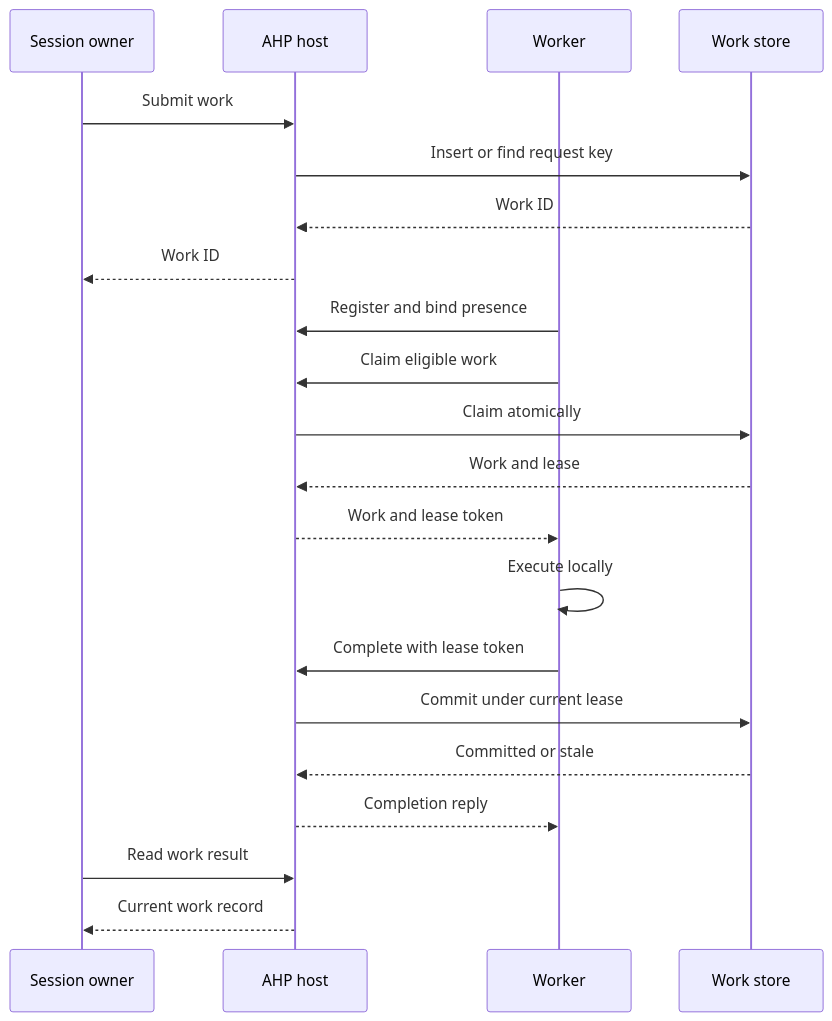
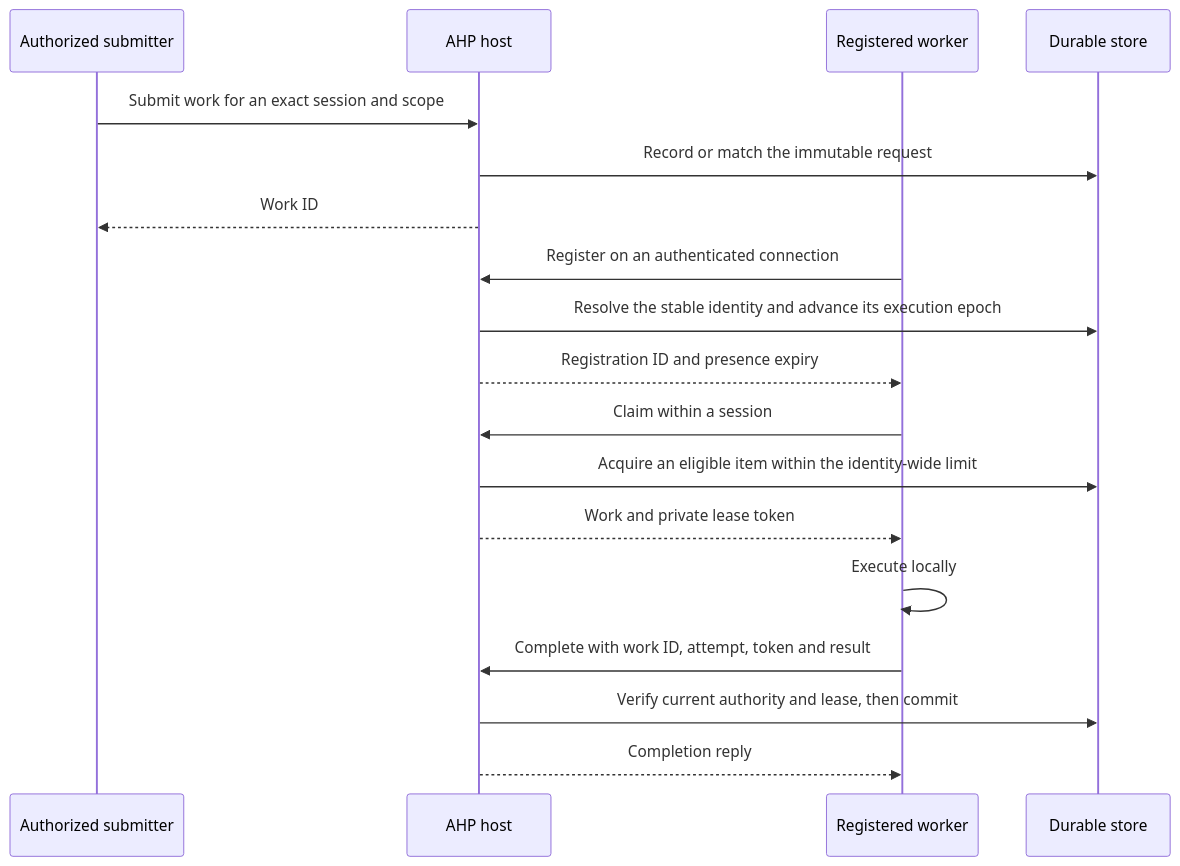
Before and after one commit to spore310/AHP: the first of 2 diagrams in docs/architecture/agent-task-lifecycle.md, drawn with Mermaid. The commit also changed other lines of this file and 73 other files, not shown here.

First line of the commit message:
feat: acquire and renew work under identity-wide capacity limits

````diff
--- a/docs/architecture/agent-task-lifecycle.md
+++ b/docs/architecture/agent-task-lifecycle.md
@@ -14,26 +9,20 @@
 ```mermaid
 sequenceDiagram
-    participant O as Session owner
+    participant S as Authorized submitter
     participant H as AHP host
-    participant W as Worker
-    participant R as Work store
-
-    O->>H: Submit work
-    H->>R: Insert or find request key
-    R-->>H: Work ID
-    H-->>O: Work ID
-
-    W->>H: Register and bind presence
-    W->>H: Claim eligible work
-    H->>R: Claim atomically
-    R-->>H: Work and lease
-    H-->>W: Work and lease token
+    participant W as Registered worker
+    participant R as Durable store
+    S->>H: Submit work for an exact session and scope
+    H->>R: Record or match the immutable request
+    H-->>S: Work ID
+    W->>H: Register on an authenticated connection
+    H->>R: Resolve the stable identity and advance its execution epoch
+    H-->>W: Registration ID and presence expiry
+    W->>H: Claim within a session
+    H->>R: Acquire an eligible item within the identity-wide limit
+    H-->>W: Work and private lease token
     W->>W: Execute locally
-
-    W->>H: Complete with lease token
-    H->>R: Commit under current lease
-    R-->>H: Committed or stale
+    W->>H: Complete with work ID, attempt, token and result
+    H->>R: Verify current authority and lease, then commit
     H-->>W: Completion reply
-    O->>H: Read work result
-    H-->>O: Current work record
 ```
````
